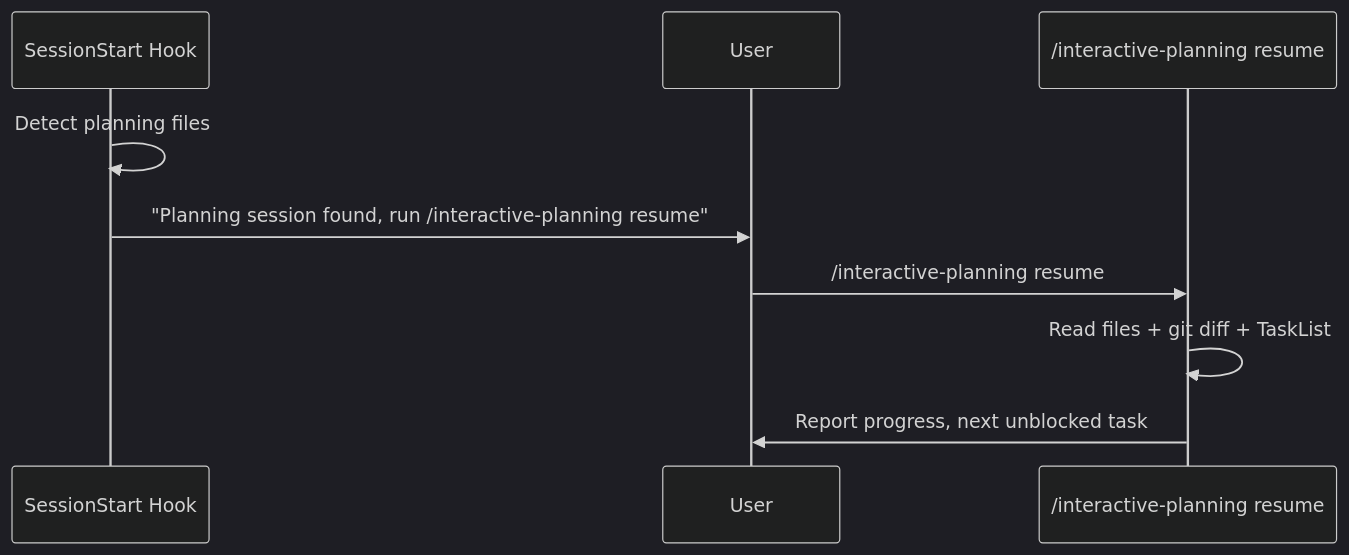
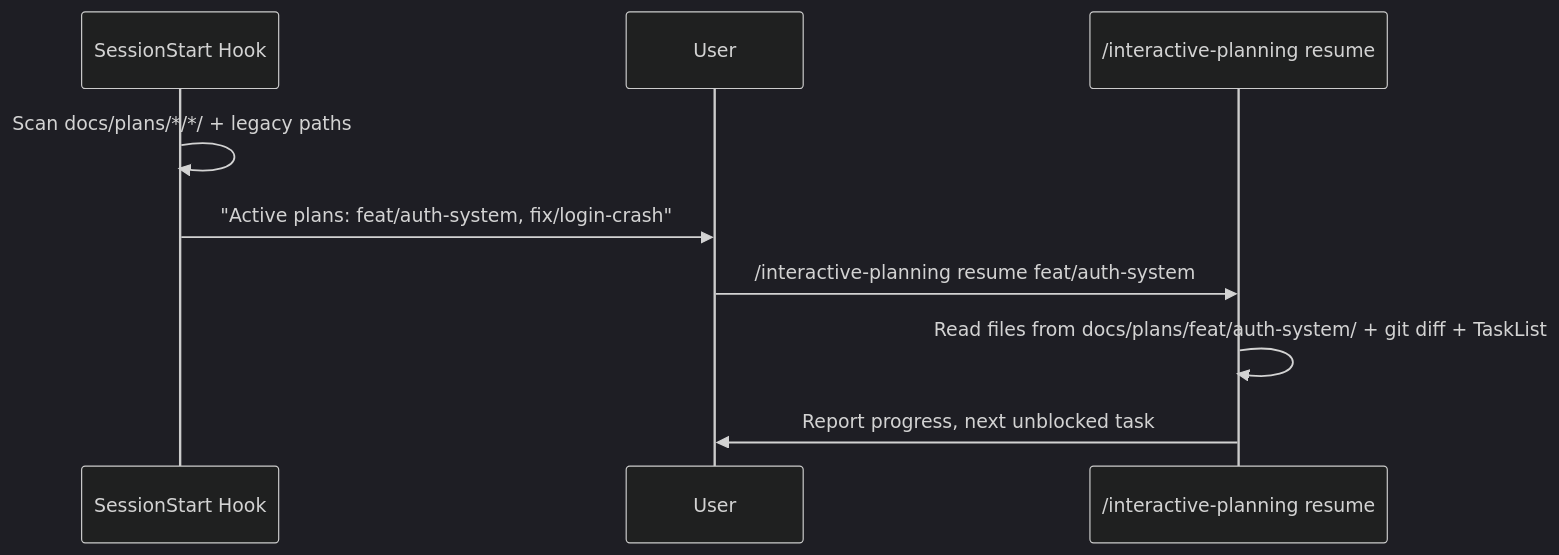
One commit to shihwesley/interactive-planning changed the third of 3 diagrams in docs/CODEBASE_MAP.md. Above: the diagram before and after it, drawn with Mermaid (dark theme). The commit also changed other lines of this file and 9 other files, not shown here.

````diff
--- a/docs/CODEBASE_MAP.md
+++ b/docs/CODEBASE_MAP.md
@@ -195,12 +216,12 @@
 ```mermaid
 sequenceDiagram
     participant H as SessionStart Hook
     participant U as User
     participant C as /interactive-planning resume
 
-    H->>H: Detect planning files
-    H->>U: "Planning session found, run /interactive-planning resume"
-    U->>C: /interactive-planning resume
-    C->>C: Read files + git diff + TaskList
+    H->>H: Scan docs/plans/*/*/ + legacy paths
+    H->>U: "Active plans: feat/auth-system, fix/login-crash"
+    U->>C: /interactive-planning resume feat/auth-system
+    C->>C: Read files from docs/plans/feat/auth-system/ + git diff + TaskList
     C->>U: Report progress, next unblocked task
 ```
````
